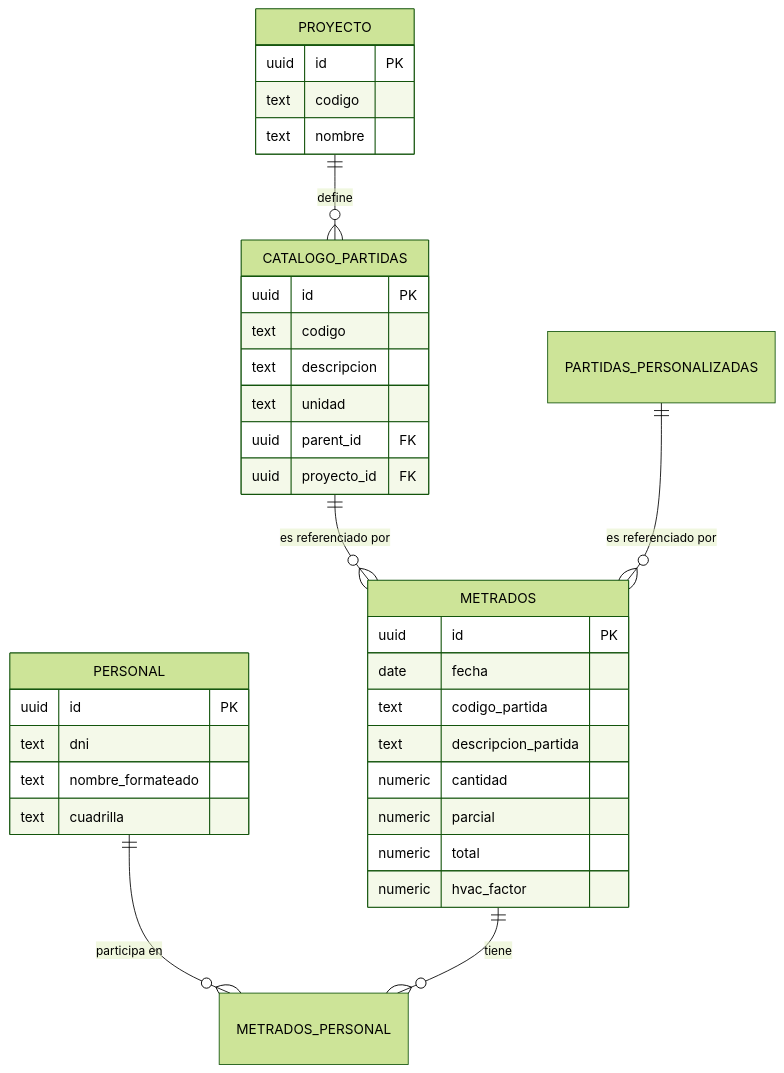
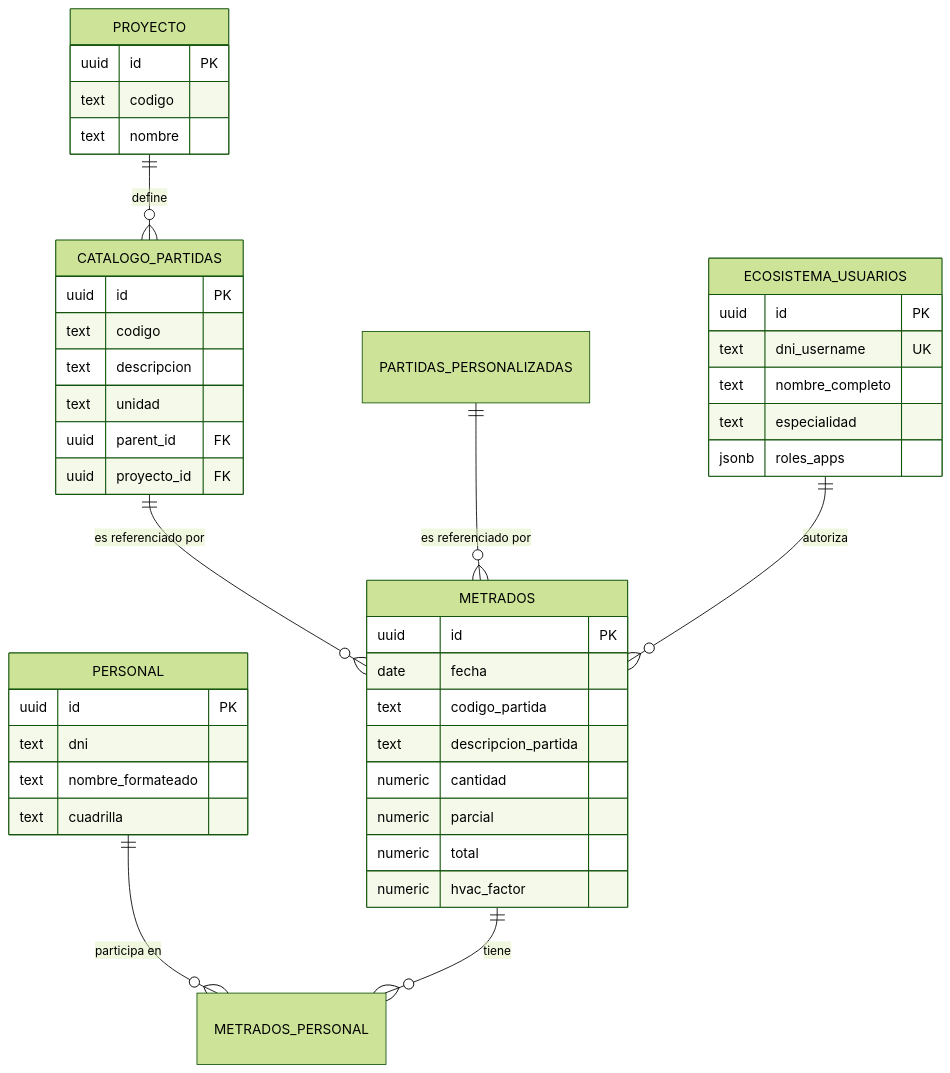
Before and after one commit to JorgeCusco/3_Entregable_web_buscador_de_metrados: the diagram in SQL_Architecture_Master_Guide.md, drawn with Mermaid (forest theme). The commit also changed other lines of this file and 10 other files, not shown here.

````diff
--- a/SQL_Architecture_Master_Guide.md
+++ b/SQL_Architecture_Master_Guide.md
@@ -11,41 +11,50 @@
 ```mermaid
 erDiagram
     PROYECTO ||--o{ CATALOGO_PARTIDAS : "define"
     CATALOGO_PARTIDAS ||--o{ METRADOS : "es referenciado por"
     PARTIDAS_PERSONALIZADAS ||--o{ METRADOS : "es referenciado por"
     PERSONAL ||--o{ METRADOS_PERSONAL : "participa en"
     METRADOS ||--o{ METRADOS_PERSONAL : "tiene"
+    ECOSISTEMA_USUARIOS ||--o{ METRADOS : "autoriza"
     
+    ECOSISTEMA_USUARIOS {
+        uuid id PK
+        text dni_username UK
+        text nombre_completo
+        text especialidad
+        jsonb roles_apps
+    }
+
     PROYECTO {
         uuid id PK
         text codigo
         text nombre
     }
     
     CATALOGO_PARTIDAS {
         uuid id PK
         text codigo
         text descripcion
         text unidad
         uuid parent_id FK
         uuid proyecto_id FK
     }
     
     METRADOS {
         uuid id PK
         date fecha
         text codigo_partida
         text descripcion_partida
         numeric cantidad
         numeric parcial
         numeric total
         numeric hvac_factor
     }
     
     PERSONAL {
         uuid id PK
         text dni
         text nombre_formateado
         text cuadrilla
     }
 ```
````
